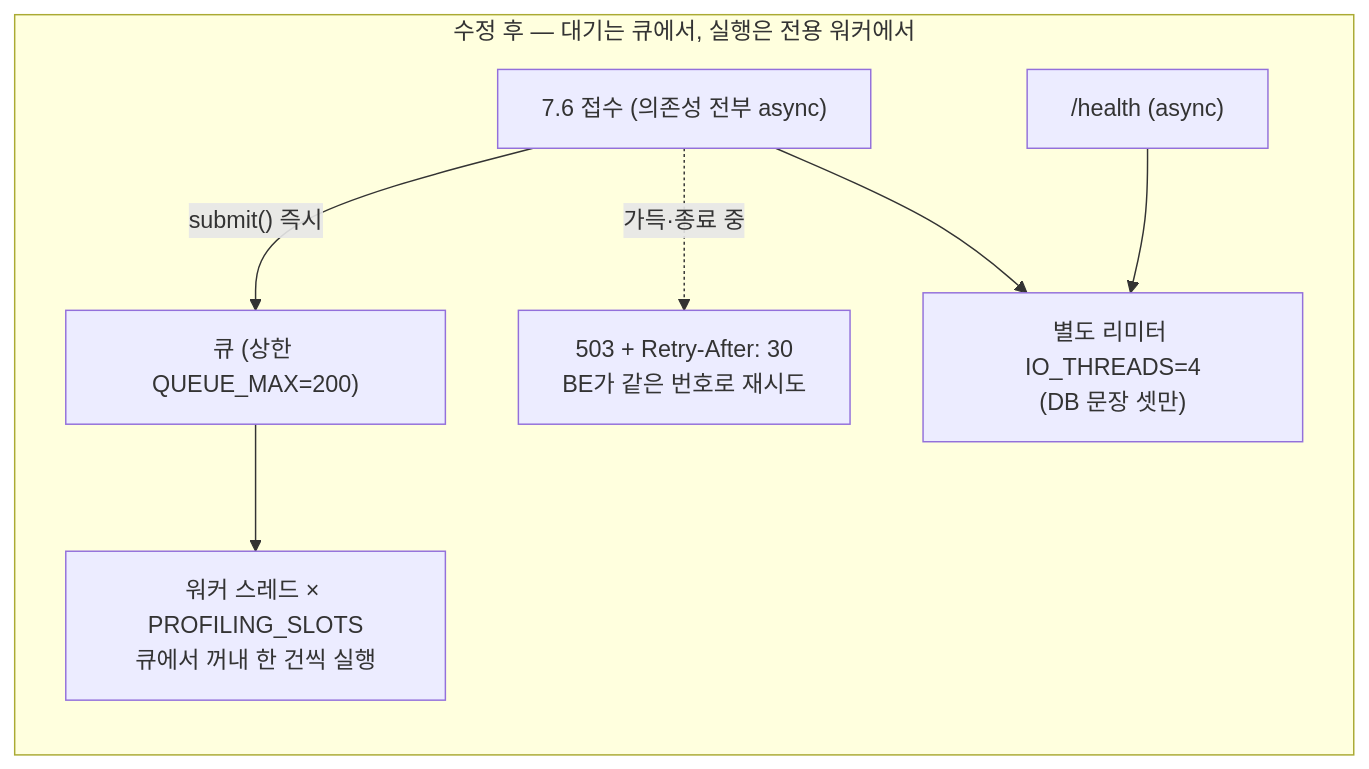
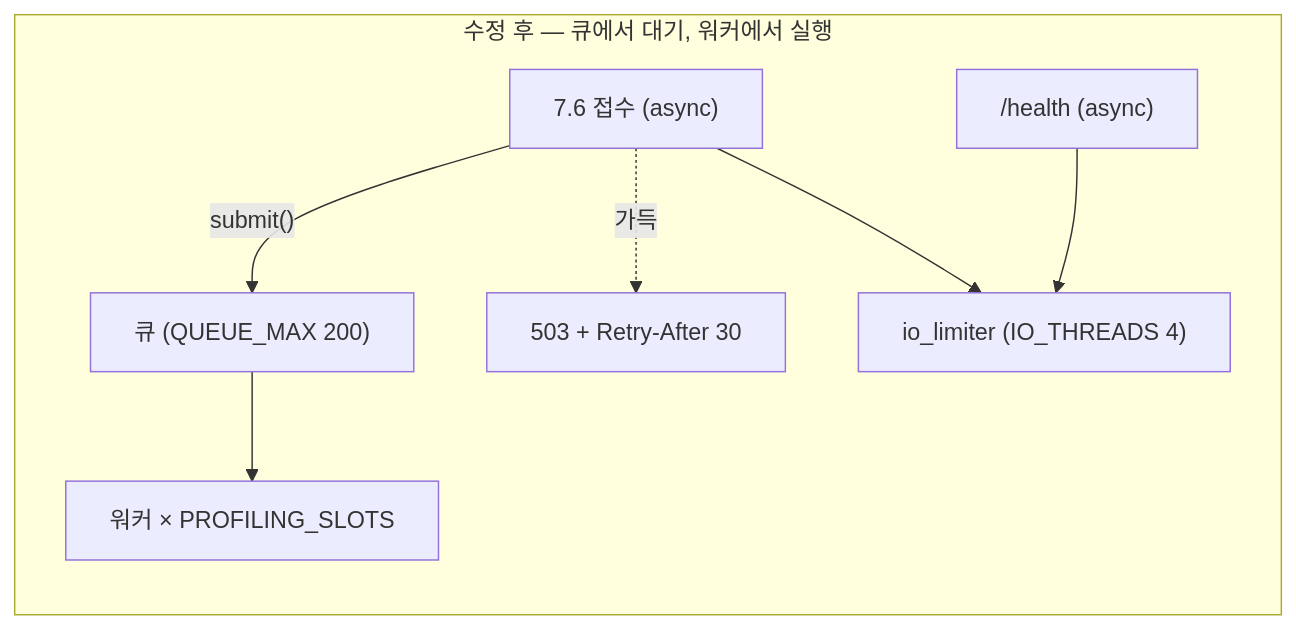
The third of 3 diagrams in profiling/docs/부하_시험_결과_2026-09-29.md (100-hours-a-week/KTB4-12th-AI), drawn with Mermaid before and after one commit. The commit also changed other lines of this file and 70 other files, not shown here.

````diff
--- a/profiling/docs/부하_시험_결과_2026-09-29.md
+++ b/profiling/docs/부하_시험_결과_2026-09-29.md
@@ -123,10 +123,10 @@
 ```mermaid
 flowchart LR
-  subgraph after["수정 후 — 대기는 큐에서, 실행은 전용 워커에서"]
-    A1["7.6 접수 (의존성 전부 async)"] -->|"submit() 즉시"| Q["큐 (상한 QUEUE_MAX=200)"]
-    Q --> W["워커 스레드 × PROFILING_SLOTS<br/>큐에서 꺼내 한 건씩 실행"]
-    A1 -.->|"가득·종료 중"| R["503 + Retry-After: 30<br/>BE가 같은 번호로 재시도"]
-    H["/health (async)"] --> L["별도 리미터 IO_THREADS=4<br/>(DB 문장 셋만)"]
+  subgraph after["수정 후 — 큐에서 대기, 워커에서 실행"]
+    A1["7.6 접수 (async)"] -->|"submit()"| Q["큐 (QUEUE_MAX 200)"]
+    Q --> W["워커 × PROFILING_SLOTS"]
+    A1 -.->|"가득"| R["503 + Retry-After 30"]
+    H["/health (async)"] --> L["io_limiter (IO_THREADS 4)"]
     A1 --> L
   end
 ```
````
